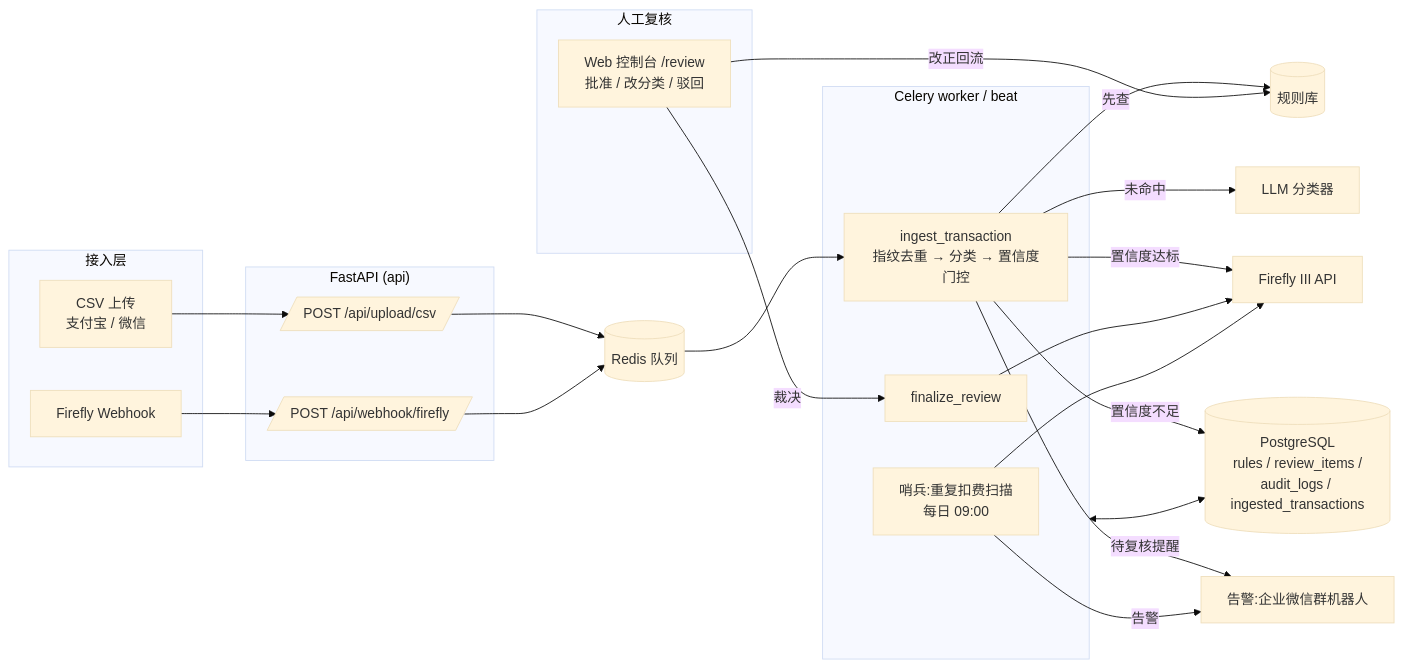
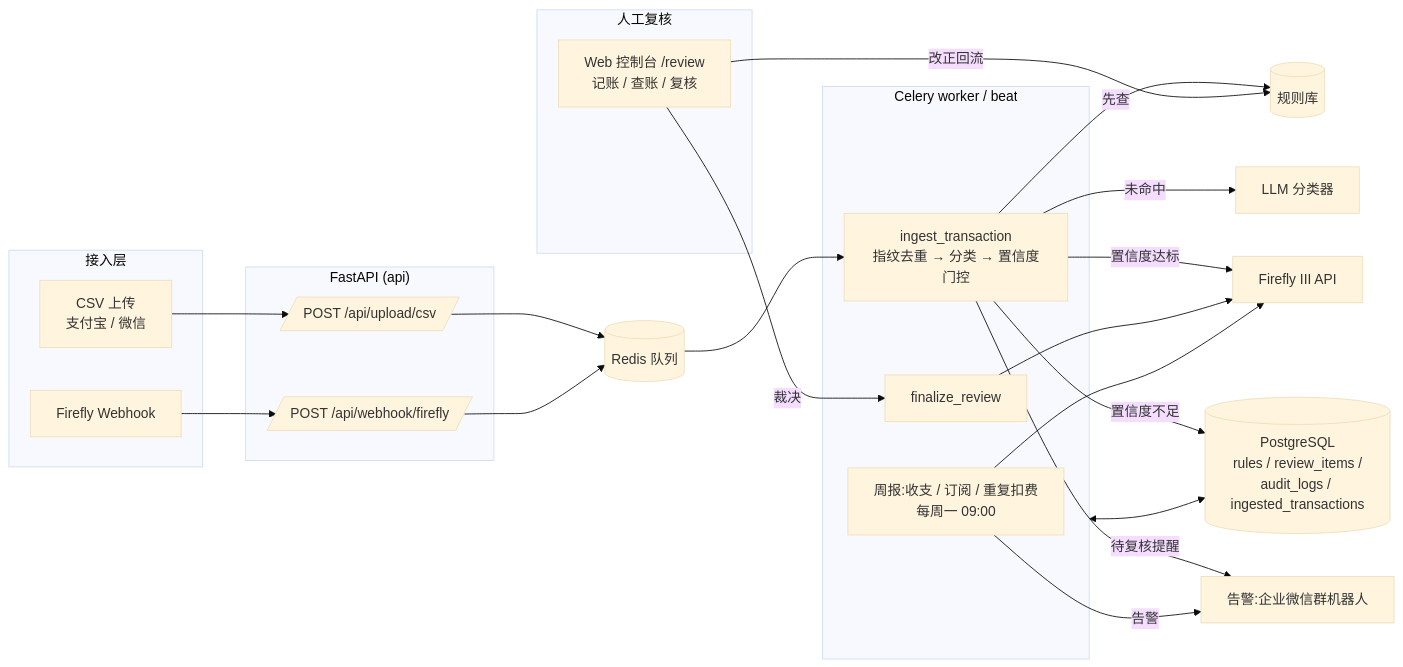
Before and after one commit to yingziviolet/firefly-copilot: the diagram in README.md, drawn with Mermaid (base theme). The commit also changed other lines of this file and 12 other files, not shown here.

````diff
--- a/README.md
+++ b/README.md
@@ -16,45 +16,45 @@
 ```mermaid
 flowchart LR
     subgraph 接入层
         CSV[CSV 上传<br/>支付宝 / 微信]
         WH[Firefly Webhook]
     end
 
     subgraph API["FastAPI (api)"]
         UP[/POST /api/upload/csv/]
         FW[/POST /api/webhook/firefly/]
     end
 
     Q[(Redis 队列)]
 
     subgraph Worker["Celery worker / beat"]
         ING[ingest_transaction<br/>指纹去重 → 分类 → 置信度门控]
         FIN[finalize_review]
-        SEN[哨兵:重复扣费扫描<br/>每日 09:00]
+        SEN[周报:收支 / 订阅 / 重复扣费<br/>每周一 09:00]
     end
 
     RULES[(规则库)]
     LLM[LLM 分类器]
     DB[(PostgreSQL<br/>rules / review_items /<br/>audit_logs / ingested_transactions)]
     FF[Firefly III API]
 
     subgraph Review["人工复核"]
-        WEB[Web 控制台 /review<br/>批准 / 改分类 / 驳回]
+        WEB[Web 控制台 /review<br/>记账 / 查账 / 复核]
     end
 
     NOTIFY[告警:企业微信群机器人]
 
     CSV --> UP --> Q
     WH --> FW --> Q
     Q --> ING
     ING -->|先查| RULES
     ING -->|未命中| LLM
     ING -->|置信度达标| FF
     ING -->|置信度不足| DB
     ING -->|待复核提醒| NOTIFY
     WEB -->|裁决| FIN --> FF
     WEB -->|改正回流| RULES
     SEN --> FF
     SEN -->|告警| NOTIFY
     Worker <--> DB
 ```
````
